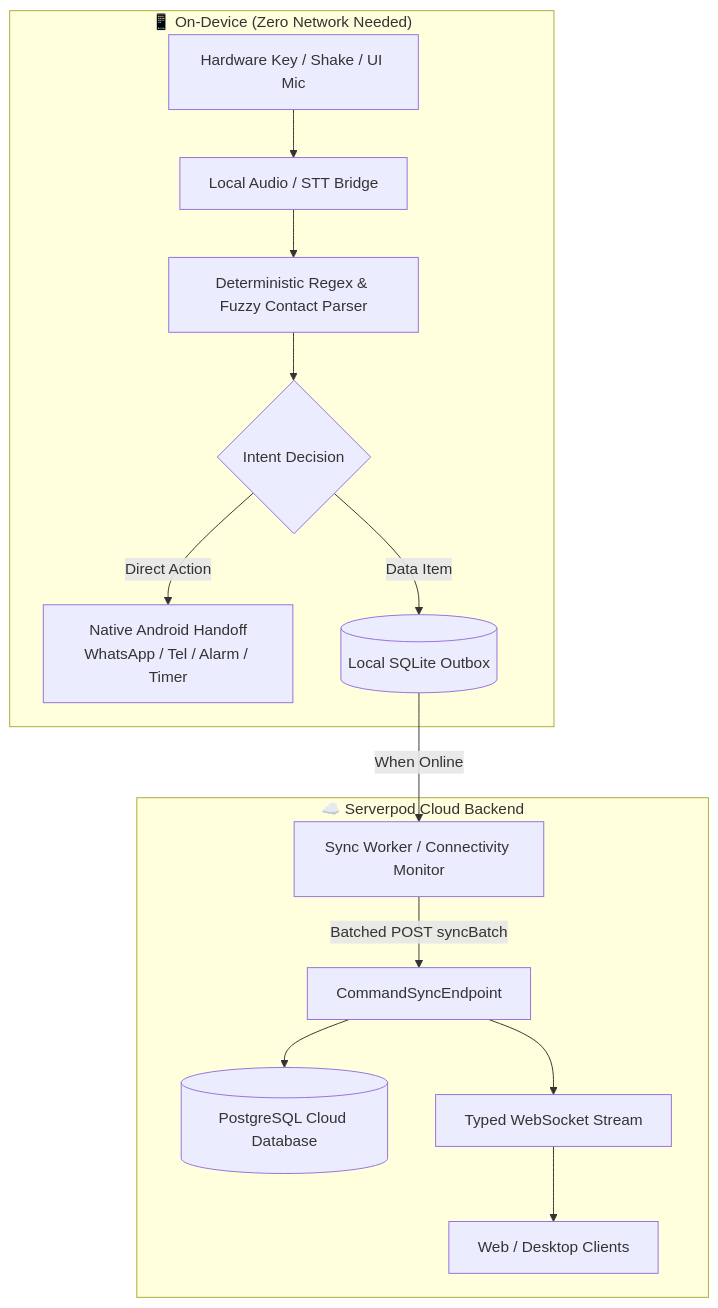
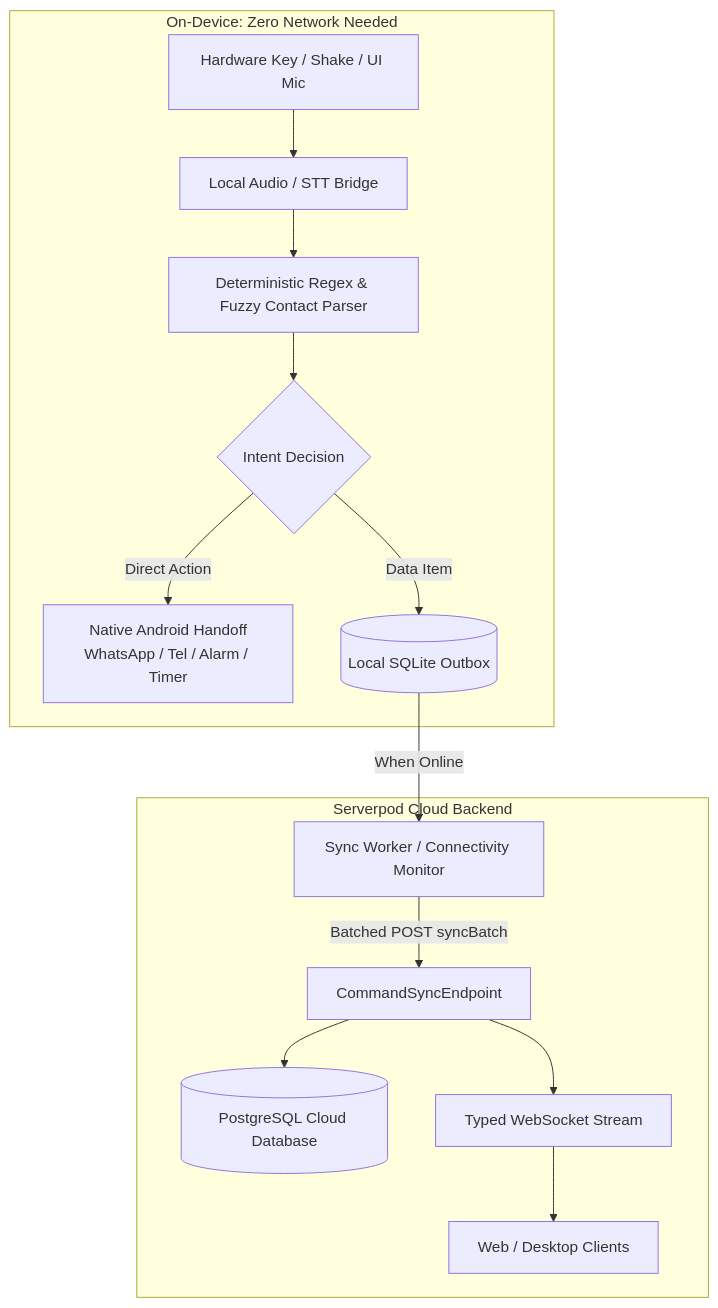
The diagram in README.md (MdTowfikomer/Triage), drawn with Mermaid before and after one commit.

Commit message:
fix(docs): quote node labels and sanitize mermaid diagram in README

````diff
--- a/README.md
+++ b/README.md
@@ -27,19 +27,19 @@
 ```mermaid
 flowchart TD
-  subgraph OnDevice["📱 On-Device (Zero Network Needed)"]
-    Trigger[Hardware Key / Shake / UI Mic] --> Audio[Local Audio / STT Bridge]
-    Audio --> Parser[Deterministic Regex & Fuzzy Contact Parser]
-    Parser --> Intent{Intent Decision}
-    Intent -->|Direct Action| Native[Native Android Handoff\nWhatsApp / Tel / Alarm / Timer]
-    Intent -->|Data Item| Outbox[(Local SQLite Outbox)]
+  subgraph OnDevice["On-Device: Zero Network Needed"]
+    Trigger["Hardware Key / Shake / UI Mic"] --> Audio["Local Audio / STT Bridge"]
+    Audio --> Parser["Deterministic Regex & Fuzzy Contact Parser"]
+    Parser --> Intent{"Intent Decision"}
+    Intent -->|Direct Action| Native["Native Android Handoff<br/>WhatsApp / Tel / Alarm / Timer"]
+    Intent -->|Data Item| Outbox[("Local SQLite Outbox")]
   end
 
-  subgraph ServerpodCloud["☁️ Serverpod Cloud Backend"]
-    SyncWorker[Sync Worker / Connectivity Monitor] -->|Batched POST syncBatch| Endpoint[CommandSyncEndpoint]
-    Endpoint --> DB[(PostgreSQL Cloud Database)]
-    Endpoint --> Streams[Typed WebSocket Stream]
-    Streams --> WebClient[Web / Desktop Clients]
+  subgraph ServerpodCloud["Serverpod Cloud Backend"]
+    SyncWorker["Sync Worker / Connectivity Monitor"] -->|Batched POST syncBatch| Endpoint["CommandSyncEndpoint"]
+    Endpoint --> DB[("PostgreSQL Cloud Database")]
+    Endpoint --> Streams["Typed WebSocket Stream"]
+    Streams --> WebClient["Web / Desktop Clients"]
   end
 
   Outbox -->|When Online| SyncWorker
 ```
````
